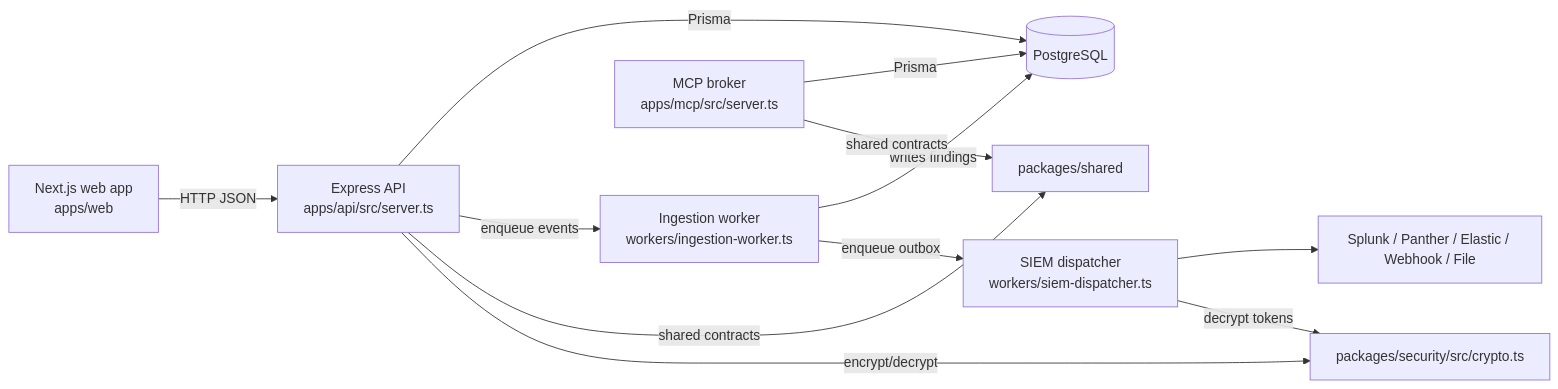
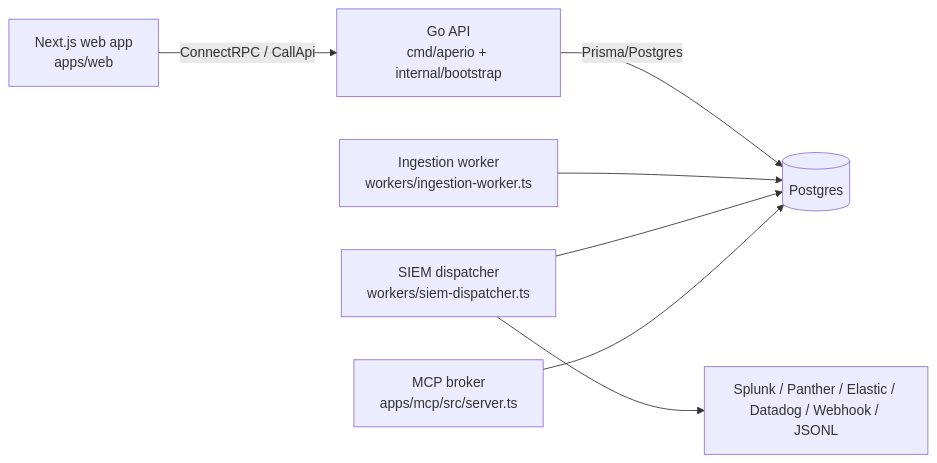
The first of 2 diagrams in droid-wiki/overview/architecture.md (writer/Aperio), drawn with Mermaid before and after one commit. The commit also changed other lines of this file and 31 other files, not shown here.

````diff
--- a/droid-wiki/overview/architecture.md
+++ b/droid-wiki/overview/architecture.md
@@ -7,14 +5,9 @@
 ```mermaid
 flowchart LR
-  UI[Next.js web app\napps/web] -->|HTTP JSON| API[Express API\napps/api/src/server.ts]
-  API -->|Prisma| DB[(PostgreSQL)]
-  API -->|enqueue events| IW[Ingestion worker\nworkers/ingestion-worker.ts]
-  IW -->|writes findings| DB
-  IW -->|enqueue outbox| SD[SIEM dispatcher\nworkers/siem-dispatcher.ts]
-  SD --> SIEM[Splunk / Panther / Elastic / Webhook / File]
-  MCP[MCP broker\napps/mcp/src/server.ts] -->|Prisma| DB
-  API -->|shared contracts| Shared[packages/shared]
-  MCP -->|shared contracts| Shared
-  API -->|encrypt/decrypt| Crypto[packages/security/src/crypto.ts]
-  SD -->|decrypt tokens| Crypto
+  UI[Next.js web app\napps/web] -->|ConnectRPC / CallApi| API[Go API\ncmd/aperio + internal/bootstrap]
+  API -->|Prisma/Postgres| DB[(Postgres)]
+  Worker[Ingestion worker\nworkers/ingestion-worker.ts] --> DB
+  SIEM[SIEM dispatcher\nworkers/siem-dispatcher.ts] --> DB
+  SIEM --> Destinations[Splunk / Panther / Elastic / Datadog / Webhook / JSONL]
+  MCP[MCP broker\napps/mcp/src/server.ts] --> DB
 ```
````
